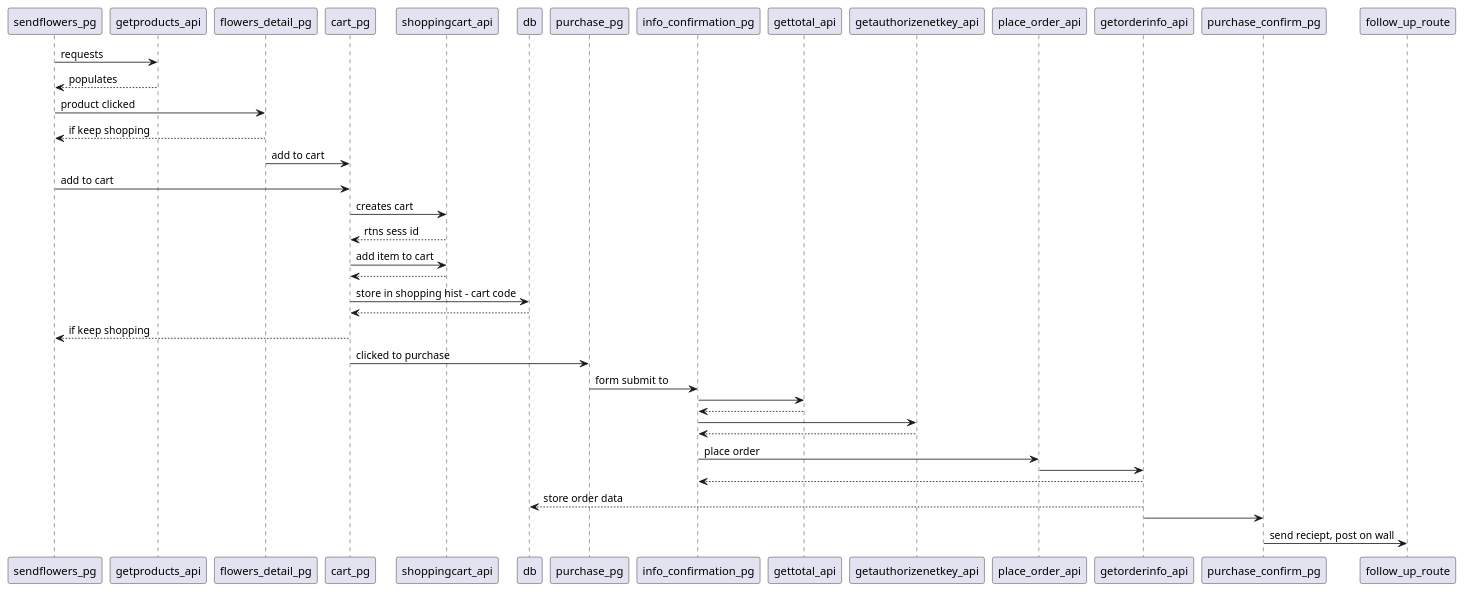
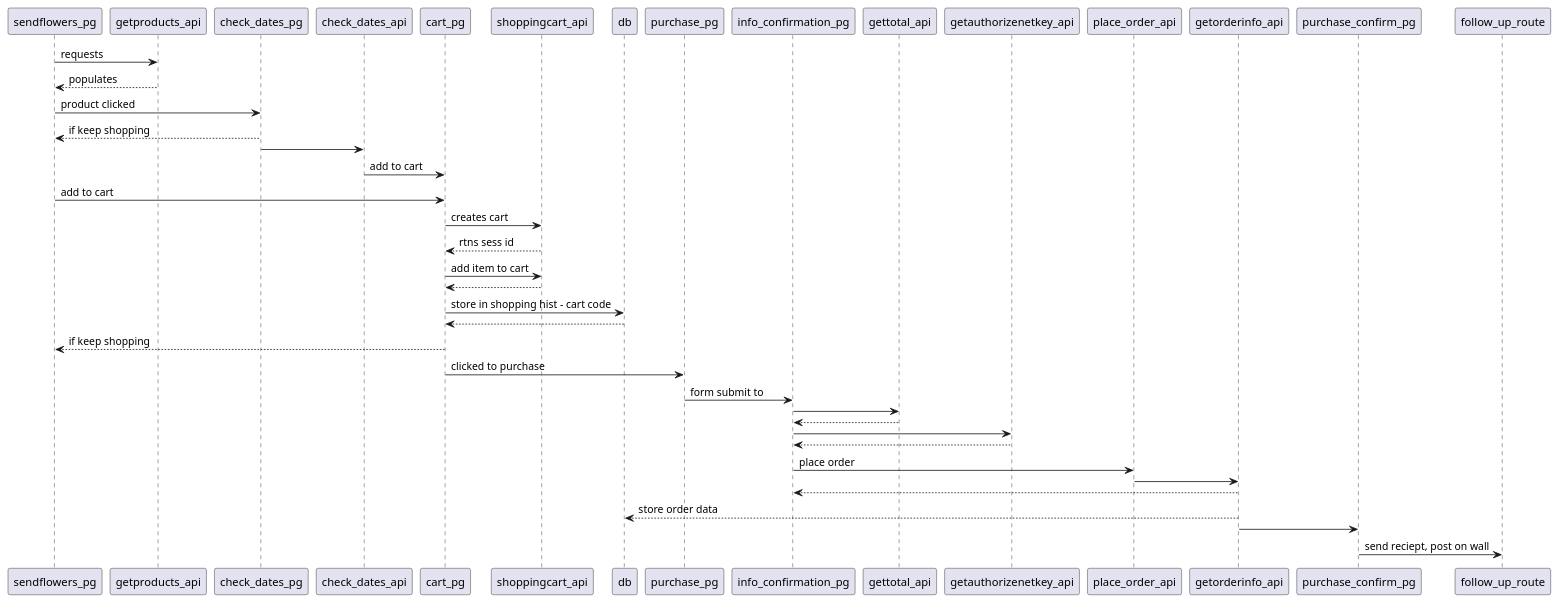
The diagram in Planning/UML_diagrams/flower_store_seq_diagram.puml (Larry-Volz/RememberTogether), drawn with PlantUML before and after one commit. The commit also changed 8 other files, not shown here.

Commit message:
flower cart populates dates

```diff
--- a/Planning/UML_diagrams/flower_store_seq_diagram.puml
+++ b/Planning/UML_diagrams/flower_store_seq_diagram.puml
@@ -1,49 +1,51 @@
 @startuml
 
 
 sendflowers_pg -> getproducts_api : requests
 sendflowers_pg <-- getproducts_api : populates
 
-sendflowers_pg ->flowers_detail_pg: product clicked
+sendflowers_pg ->check_dates_pg: product clicked
 
-flowers_detail_pg --> sendflowers_pg: if keep shopping
-flowers_detail_pg -> cart_pg: add to cart
+check_dates_pg --> sendflowers_pg: if keep shopping
+check_dates_pg ->check_dates_api
+
+check_dates_api-> cart_pg: add to cart
 
 sendflowers_pg -> cart_pg: add to cart
 
 cart_pg -> shoppingcart_api : creates cart
 cart_pg <-- shoppingcart_api : rtns sess id
 
 cart_pg -> shoppingcart_api: add item to cart
 cart_pg <-- shoppingcart_api
 
 cart_pg -> db: store in shopping hist - cart code
 cart_pg <-- db
 cart_pg --> sendflowers_pg: if keep shopping
 
 cart_pg -> purchase_pg: clicked to purchase
 
 purchase_pg -> info_confirmation_pg: form submit to
 
 info_confirmation_pg -> gettotal_api
 info_confirmation_pg <-- gettotal_api
 
 info_confirmation_pg -> getauthorizenetkey_api
 info_confirmation_pg <-- getauthorizenetkey_api:
 
 info_confirmation_pg -> place_order_api:place order
 
 place_order_api -> getorderinfo_api
 
 
 getorderinfo_api --> info_confirmation_pg
 
 getorderinfo_api --> db: store order data
 
 getorderinfo_api ->  purchase_confirm_pg
 
 purchase_confirm_pg -> follow_up_route:send reciept, post on wall
 
 
 
 @enduml
```
